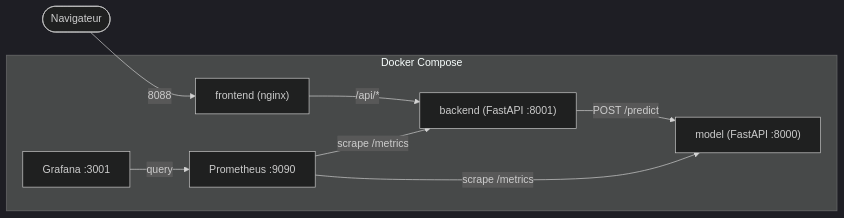
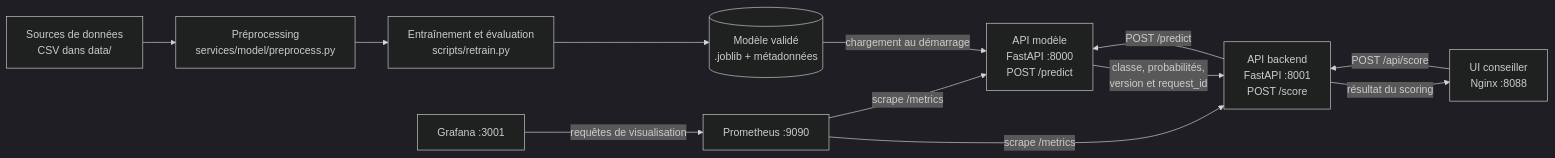
One commit to joellegermanos-prog/joelle-certif changed the diagram in README_M5-B1.md. Above: the diagram before and after it, drawn with Mermaid (dark theme). The commit also changed 5 other files, not shown here.

````diff
--- a/README_M5-B1.md
+++ b/README_M5-B1.md
@@ -5,18 +5,16 @@
 ```mermaid
 flowchart LR
-    User(["Navigateur"]) -->|"8088"| Frontend["frontend (nginx)"]
-    Frontend -->|"/api/*"| Backend["backend (FastAPI :8001)"]
-    Backend -->|"POST /predict"| Model["model (FastAPI :8000)"]
+    Sources["Sources de données<br/>CSV dans data/"] --> Preprocessing["Préprocessing<br/>services/model/preprocess.py"]
+    Preprocessing --> Training["Entraînement et évaluation<br/>scripts/retrain.py"]
+    Training --> Artifact[("Modèle validé<br/>.joblib + métadonnées")]
+    Artifact -->|"chargement au démarrage"| Model["API modèle<br/>FastAPI :8000<br/>POST /predict"]
+
+    Frontend["UI conseiller<br/>Nginx :8088"] -->|"POST /api/score"| Backend["API backend<br/>FastAPI :8001<br/>POST /score"]
+    Backend -->|"POST /predict"| Model
+    Model -->|"classe, probabilités,<br/>version et request_id"| Backend
+    Backend -->|"résultat du scoring"| Frontend
 
     Prometheus["Prometheus :9090"] -->|"scrape /metrics"| Backend
     Prometheus -->|"scrape /metrics"| Model
-    Grafana["Grafana :3001"] -->|"query"| Prometheus
-
-    subgraph Docker Compose
-        Frontend
-        Backend
-        Model
-        Prometheus
-        Grafana
-    end
+    Grafana["Grafana :3001"] -->|"requêtes de visualisation"| Prometheus
 ```
````
